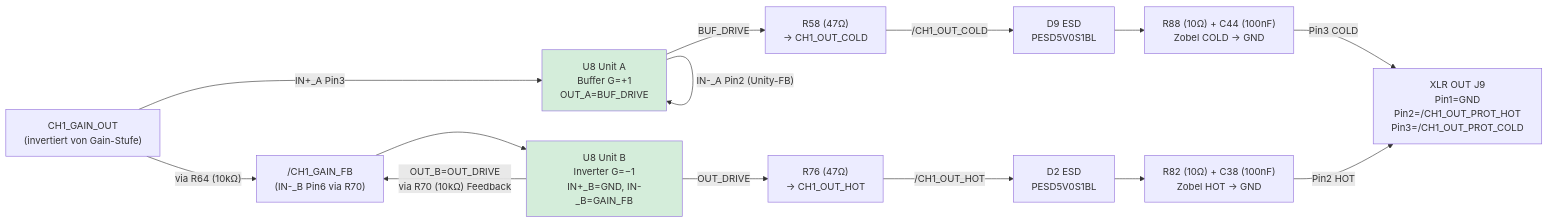
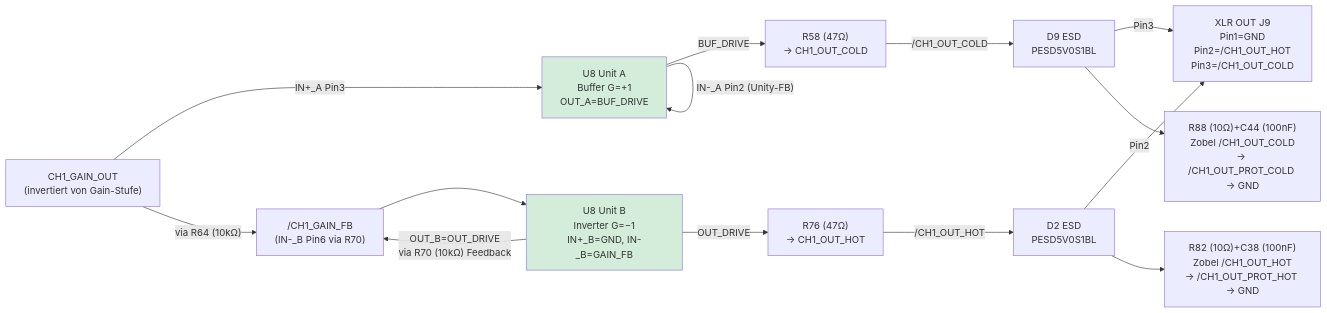
Before and after one commit to jpsamuelson/aurora-icepower-booster: the seventh of 11 diagrams in README.md, drawn with Mermaid. The commit also changed other lines of this file and 5 other files, not shown here.

Commit message:
checkpoint: pcb before resync (routing based on pre-F9/F10 schematic)

````diff
--- a/README.md
+++ b/README.md
@@ -280,26 +281,25 @@
 ```mermaid
 flowchart LR
     GAIN["CH1_GAIN_OUT\n(invertiert von Gain-Stufe)"]
 
     GAIN -->|"IN+_A Pin3"| UA["U8 Unit A\nBuffer G=+1\nOUT_A=BUF_DRIVE"]
     GAIN -->|"via R64 (10kΩ)"| NODE["/CH1_GAIN_FB\n(IN-_B Pin6 via R70)"]
 
     UA -->|"BUF_DRIVE"| R58_n["R58 (47Ω)\n→ CH1_OUT_COLD"]
     UA -->|"IN-_A Pin2 (Unity-FB)"| UA
 
     NODE --> UB["U8 Unit B\nInverter G=−1\nIN+_B=GND, IN-_B=GAIN_FB"]
     UB -->|"OUT_B=OUT_DRIVE\nvia R70 (10kΩ) Feedback"| NODE
     UB -->|"OUT_DRIVE"| R76_n["R76 (47Ω)\n→ CH1_OUT_HOT"]
 
     R58_n -->|"/CH1_OUT_COLD"| D9_n["D9 ESD\nPESD5V0S1BL"]
     R76_n -->|"/CH1_OUT_HOT"| D2_n["D2 ESD\nPESD5V0S1BL"]
 
-    D9_n --> R88_n["R88 (10Ω) + C44 (100nF)\nZobel COLD → GND"]
-    D2_n --> R82_n["R82 (10Ω) + C38 (100nF)\nZobel HOT → GND"]
-
-    R88_n -->|"Pin3 COLD"| XOUT["XLR OUT J9\nPin1=GND\nPin2=/CH1_OUT_PROT_HOT\nPin3=/CH1_OUT_PROT_COLD"]
-    R82_n -->|"Pin2 HOT"| XOUT
+    D9_n -->|"Pin3"| XOUT["XLR OUT J9\nPin1=GND\nPin2=/CH1_OUT_HOT\nPin3=/CH1_OUT_COLD"]
+    D2_n -->|"Pin2"| XOUT
+    D9_n --> ZOB_C["R88 (10Ω)+C44 (100nF)\nZobel /CH1_OUT_COLD\n→ /CH1_OUT_PROT_COLD → GND"]
+    D2_n --> ZOB_H["R82 (10Ω)+C38 (100nF)\nZobel /CH1_OUT_HOT\n→ /CH1_OUT_PROT_HOT → GND"]
 
     style UA fill:#d4edda
     style UB fill:#d4edda
 ```
````
